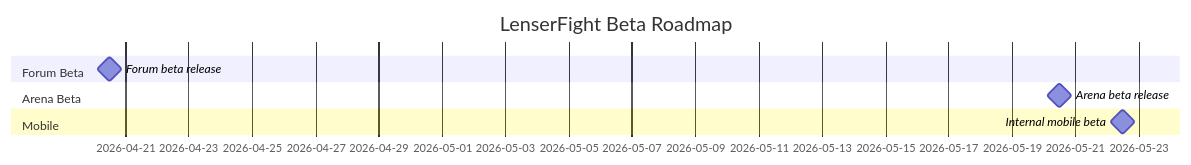
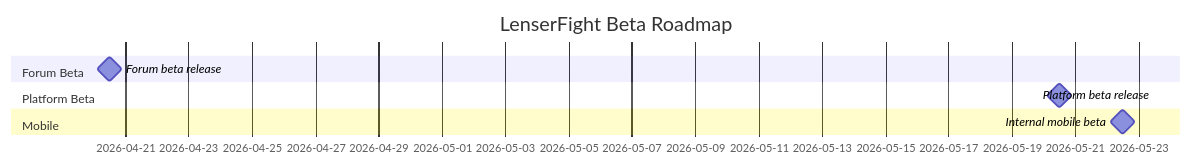
Before and after one commit to conectlens/lenserfight: the diagram in docs/reference/platform-api/beta-roadmap.md, drawn with Mermaid. The commit also changed other lines of this file and 129 other files, not shown here.

````diff
--- a/docs/reference/platform-api/beta-roadmap.md
+++ b/docs/reference/platform-api/beta-roadmap.md
@@ -35,14 +35,14 @@
 ```mermaid
 gantt
 title LenserFight Beta Roadmap
 dateFormat  YYYY-MM-DD
 
 section Forum Beta
 Forum beta release   :milestone, m1, 2026-04-20, 1d
 
-section Arena Beta
-Arena beta release   :milestone, m2, 2026-05-20, 1d
+section Platform Beta
+Platform beta release :milestone, m2, 2026-05-20, 1d
 
 section Mobile
 Internal mobile beta :milestone, m3, 2026-05-22, 1d
 ```
````
